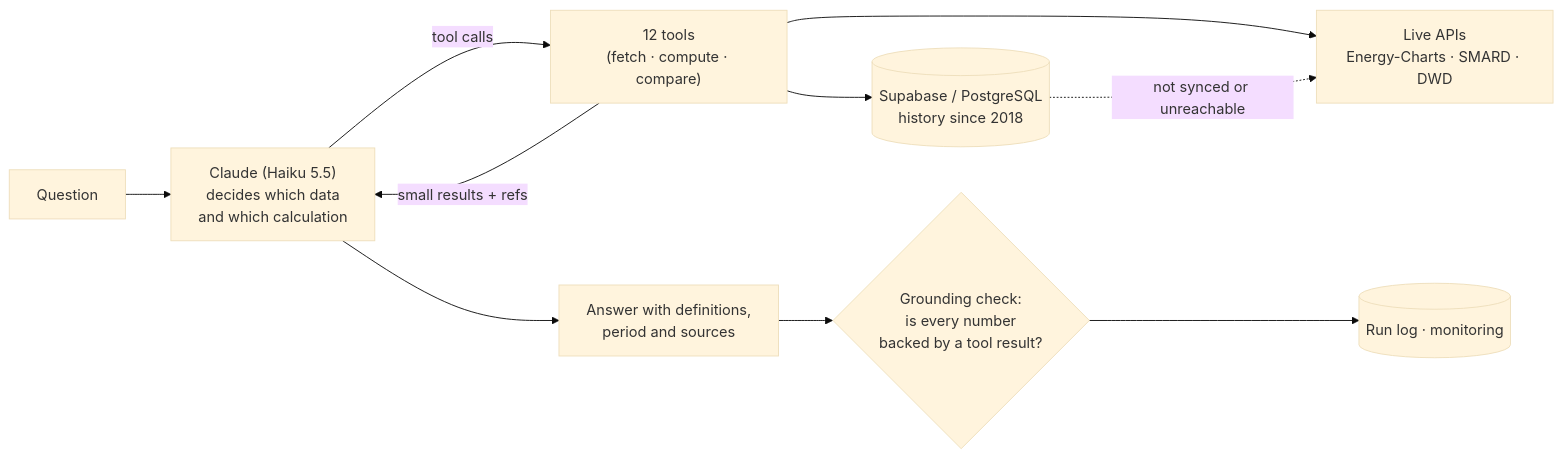
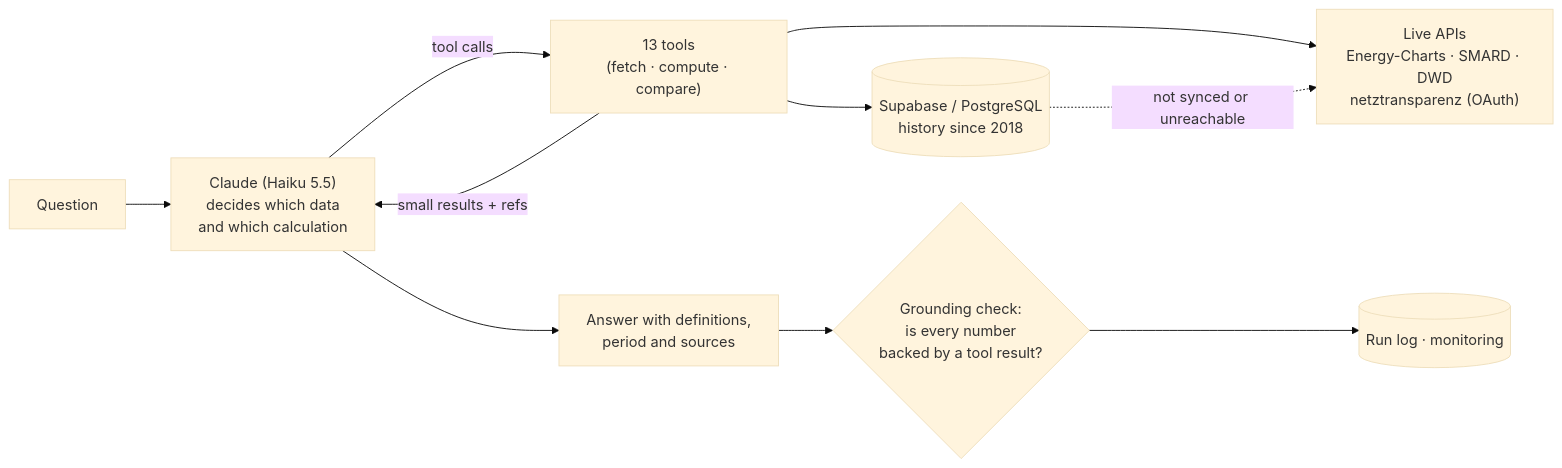
Before and after one commit to msibz1712/gridagent: the diagram in README.md, drawn with Mermaid (base theme). The commit also changed other lines of this file and 17 other files, not shown here.

First line of the commit message:
energy_qa 0.8.0: grid congestion management from netztransparenz.de

````diff
--- a/README.md
+++ b/README.md
@@ -62,12 +63,12 @@
 ```mermaid
 flowchart LR
     Q[Question] --> M["Claude (Haiku 5.5)<br/>decides which data<br/>and which calculation"]
-    M -- tool calls --> T["12 tools<br/>(fetch · compute · compare)"]
+    M -- tool calls --> T["13 tools<br/>(fetch · compute · compare)"]
     T --> D[("Supabase / PostgreSQL<br/>history since 2018")]
-    T --> L["Live APIs<br/>Energy-Charts · SMARD · DWD"]
+    T --> L["Live APIs<br/>Energy-Charts · SMARD · DWD<br/>netztransparenz (OAuth)"]
     D -. not synced or unreachable .-> L
     T -- "small results + refs" --> M
     M --> A["Answer with definitions,<br/>period and sources"]
     A --> G{"Grounding check:<br/>is every number<br/>backed by a tool result?"}
     G --> LOG[(Run log · monitoring)]
 ```
````
